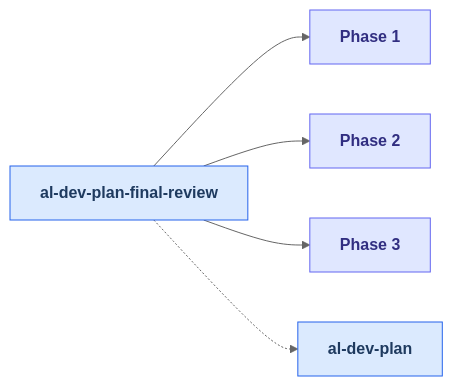
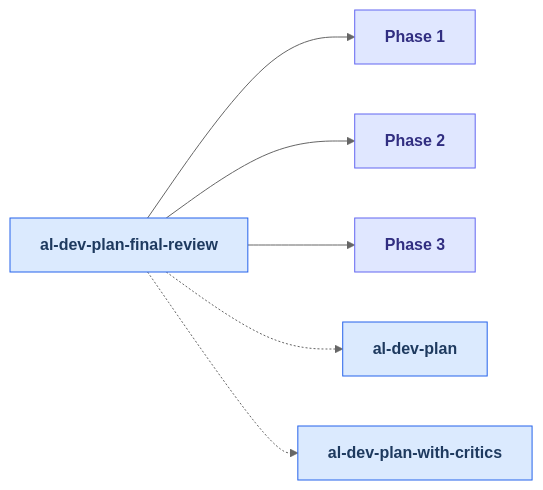
Before and after one commit to russell-laing/al-dev-shared: the seventh of 25 diagrams in docs/al-dev-skills-map.md, drawn with Mermaid (neutral theme). The commit also changed other lines of this file and 5 other files, not shown here.

````diff
--- a/docs/al-dev-skills-map.md
+++ b/docs/al-dev-skills-map.md
@@ -356,25 +356,28 @@
 ```mermaid
 flowchart LR
     classDef skillNode fill:#dbeafe,stroke:#2563eb,color:#1e3a5f,font-weight:bold
     classDef agentNode fill:#d1fae5,stroke:#059669,color:#064e3b,font-weight:bold
     classDef knowledgeNode fill:#fef3c7,stroke:#d97706,color:#78350f,font-weight:bold
     classDef artifactNode fill:#ede9fe,stroke:#7c3aed,color:#4c1d95,font-weight:bold
     classDef phaseNode fill:#e0e7ff,stroke:#6366f1,color:#312e81,font-weight:bold
 
     skill_al_dev_plan_final_review[al-dev-plan-final-review]
     Phase1["Phase 1"]
     Phase2["Phase 2"]
     Phase3["Phase 3"]
     skill_al_dev_plan[al-dev-plan]
+    skill_al_dev_plan_with_critics[al-dev-plan-with-critics]
 
     skill_al_dev_plan_final_review --> Phase1
     skill_al_dev_plan_final_review --> Phase2
     skill_al_dev_plan_final_review --> Phase3
     skill_al_dev_plan_final_review -.-> skill_al_dev_plan
+    skill_al_dev_plan_final_review -.-> skill_al_dev_plan_with_critics
 
     class skill_al_dev_plan_final_review skillNode
     class Phase1 phaseNode
     class Phase2 phaseNode
     class Phase3 phaseNode
     class skill_al_dev_plan skillNode
+    class skill_al_dev_plan_with_critics skillNode
 ```
````
